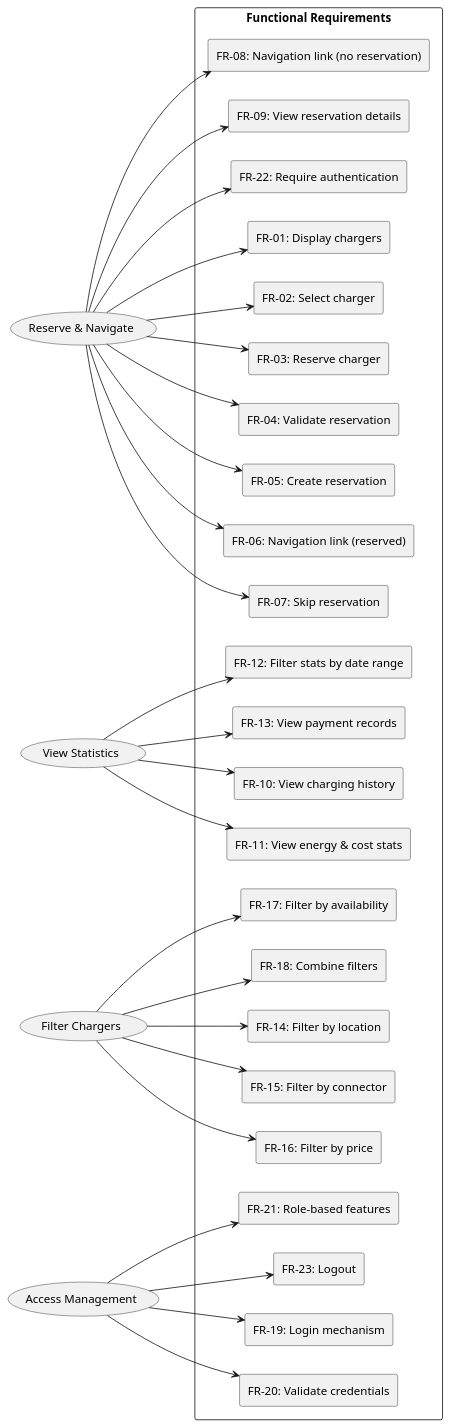
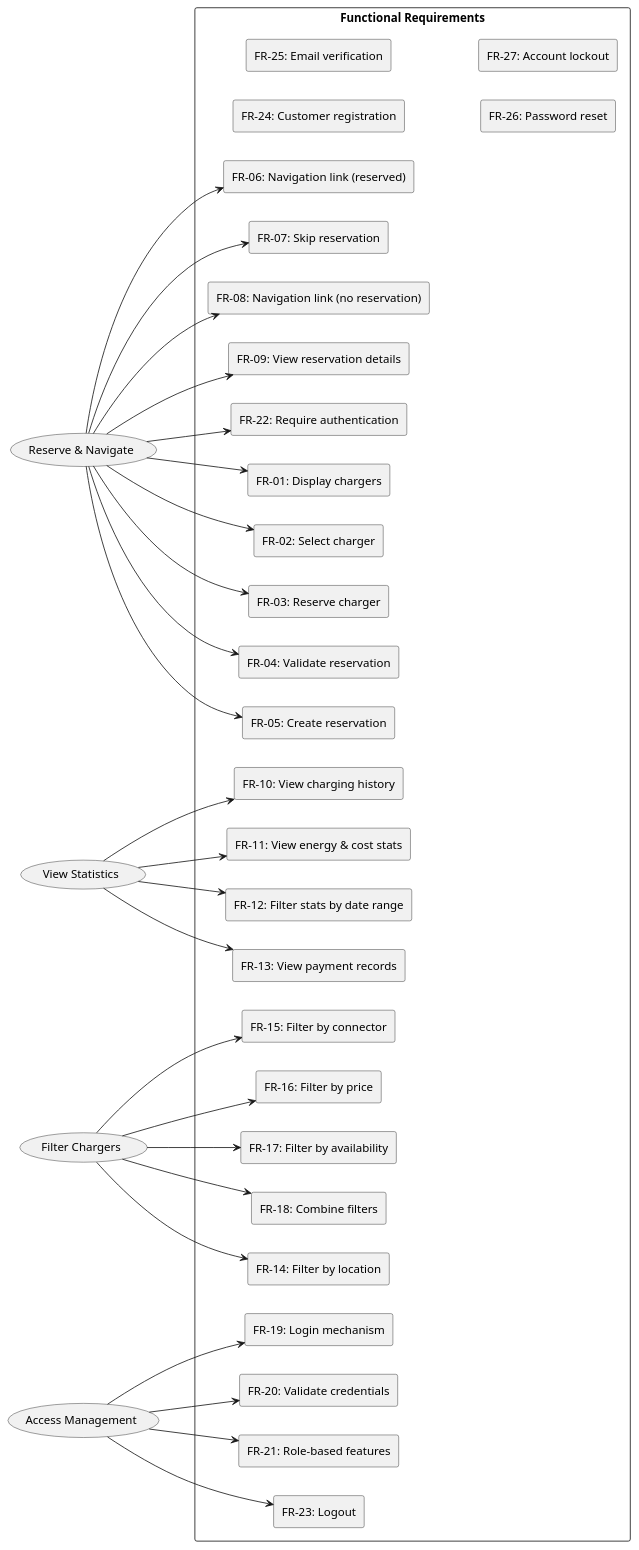
Before and after one commit to LedgerGhost/WattApp: diagram 11 of 12 in documentation/srs.md, drawn with PlantUML. The commit also changed other lines of this file, not shown here.

````diff
--- a/documentation/srs.md
+++ b/documentation/srs.md
@@ -1065,68 +1065,72 @@
 ```plantuml
 @startuml
 left to right direction
 skinparam packageStyle rectangle
 
 usecase "Reserve & Navigate" as UC1
 usecase "View Statistics" as UC2
 usecase "Filter Chargers" as UC3
 usecase "Access Management" as UC4
 
 package "Functional Requirements" {
 
   rectangle FR01 as "FR-01: Display chargers" 
   rectangle FR02 as "FR-02: Select charger"
   rectangle FR03 as "FR-03: Reserve charger"
   rectangle FR04 as "FR-04: Validate reservation"
   rectangle FR05 as "FR-05: Create reservation"
   rectangle FR06 as "FR-06: Navigation link (reserved)"
   rectangle FR07 as "FR-07: Skip reservation"
   rectangle FR08 as "FR-08: Navigation link (no reservation)"
   rectangle FR09 as "FR-09: View reservation details"
 
   rectangle FR10 as "FR-10: View charging history"
   rectangle FR11 as "FR-11: View energy & cost stats"
   rectangle FR12 as "FR-12: Filter stats by date range"
   rectangle FR13 as "FR-13: View payment records"
 
   rectangle FR14 as "FR-14: Filter by location"
   rectangle FR15 as "FR-15: Filter by connector"
   rectangle FR16 as "FR-16: Filter by price"
   rectangle FR17 as "FR-17: Filter by availability"
   rectangle FR18 as "FR-18: Combine filters"
 
   rectangle FR19 as "FR-19: Login mechanism"
   rectangle FR20 as "FR-20: Validate credentials"
   rectangle FR21 as "FR-21: Role-based features"
   rectangle FR22 as "FR-22: Require authentication"
   rectangle FR23 as "FR-23: Logout"
+  rectangle FR24 as "FR-24: Customer registration"
+  rectangle FR25 as "FR-25: Email verification"
+  rectangle FR26 as "FR-26: Password reset"
+  rectangle FR27 as "FR-27: Account lockout"
 }
 
 UC1 --> FR01
 UC1 --> FR02
 UC1 --> FR03
 UC1 --> FR04
 UC1 --> FR05
 UC1 --> FR06
 UC1 --> FR07
 UC1 --> FR08
 UC1 --> FR09
 UC1 --> FR22
 
 UC2 --> FR10
 UC2 --> FR11
 UC2 --> FR12
 UC2 --> FR13
 
 UC3 --> FR14
 UC3 --> FR15
 UC3 --> FR16
 UC3 --> FR17
 UC3 --> FR18
 
 UC4 --> FR19
 UC4 --> FR20
 UC4 --> FR21
 UC4 --> FR23
 @enduml
 ```
````
